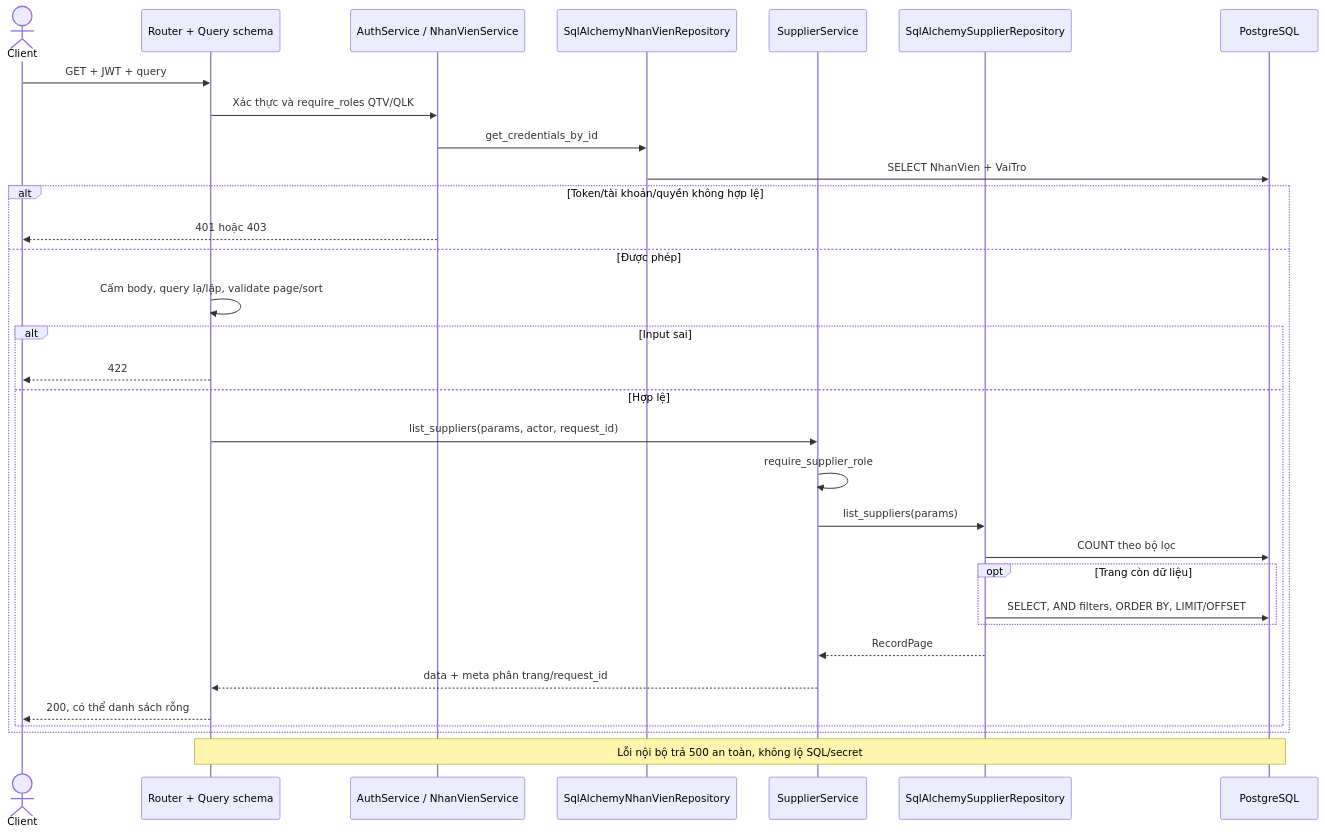
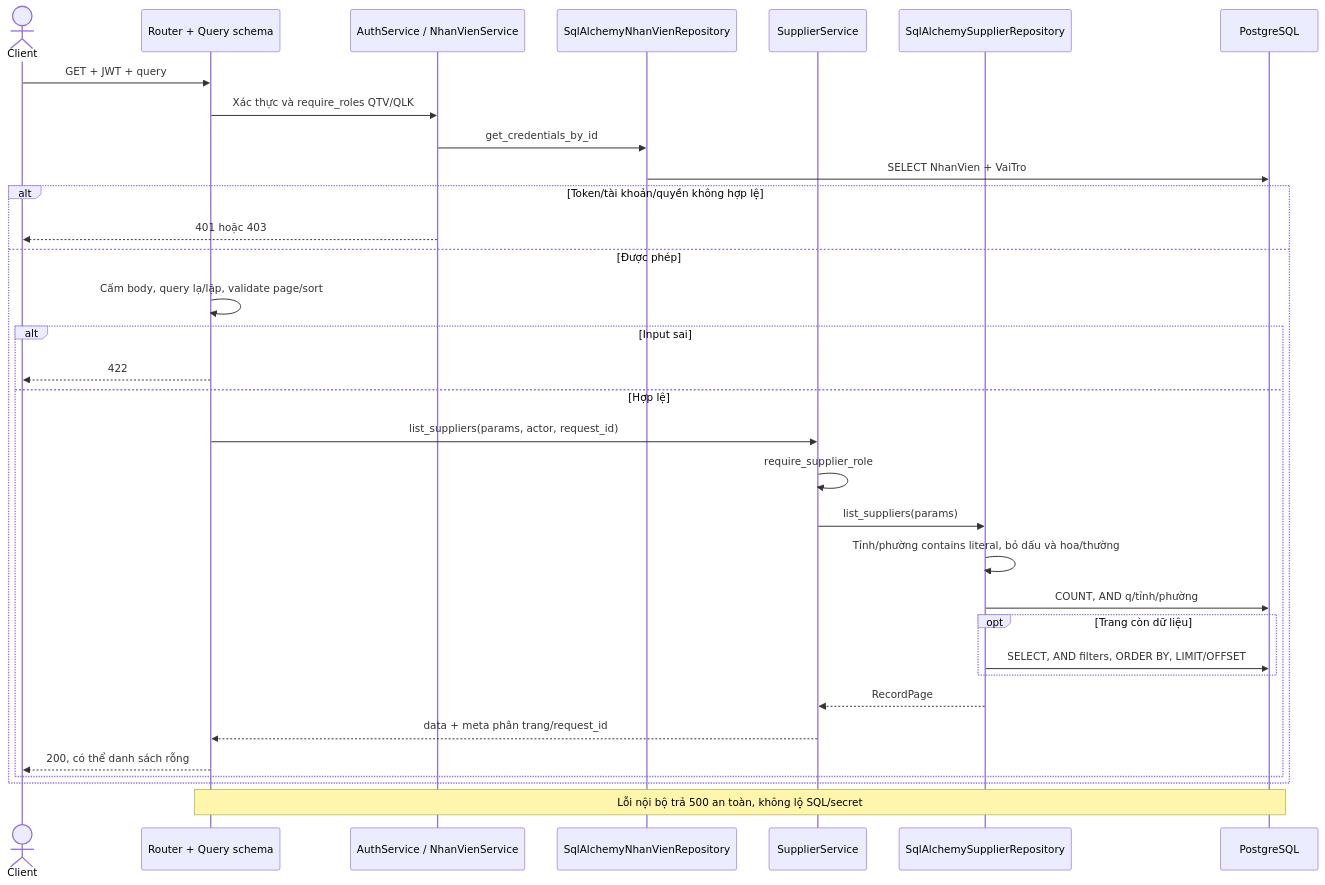
Before and after one commit to thanhklt/xbike-mrp-system: the first of 4 diagrams in docs/sequence/nha_cung_cap.md, drawn with Mermaid. The commit also changed other lines of this file and 63 other files, not shown here.

````diff
--- a/docs/sequence/nha_cung_cap.md
+++ b/docs/sequence/nha_cung_cap.md
@@ -21,34 +24,35 @@
 ```mermaid
 sequenceDiagram
     actor C as Client
     participant R as Router + Query schema
     participant A as AuthService / NhanVienService
     participant N as SqlAlchemyNhanVienRepository
     participant S as SupplierService
     participant P as SqlAlchemySupplierRepository
     participant DB as PostgreSQL
     C->>R: GET + JWT + query
     R->>A: Xác thực và require_roles QTV/QLK
     A->>N: get_credentials_by_id
     N->>DB: SELECT NhanVien + VaiTro
     alt Token/tài khoản/quyền không hợp lệ
         A-->>C: 401 hoặc 403
     else Được phép
         R->>R: Cấm body, query lạ/lặp, validate page/sort
         alt Input sai
             R-->>C: 422
         else Hợp lệ
             R->>S: list_suppliers(params, actor, request_id)
             S->>S: require_supplier_role
             S->>P: list_suppliers(params)
-            P->>DB: COUNT theo bộ lọc
+            P->>P: Tỉnh/phường contains literal, bỏ dấu và hoa/thường
+            P->>DB: COUNT, AND q/tỉnh/phường
             opt Trang còn dữ liệu
                 P->>DB: SELECT, AND filters, ORDER BY, LIMIT/OFFSET
             end
             P-->>S: RecordPage
             S-->>R: data + meta phân trang/request_id
             R-->>C: 200, có thể danh sách rỗng
         end
     end
     Note over R,DB: Lỗi nội bộ trả 500 an toàn, không lộ SQL/secret
 ```
````
